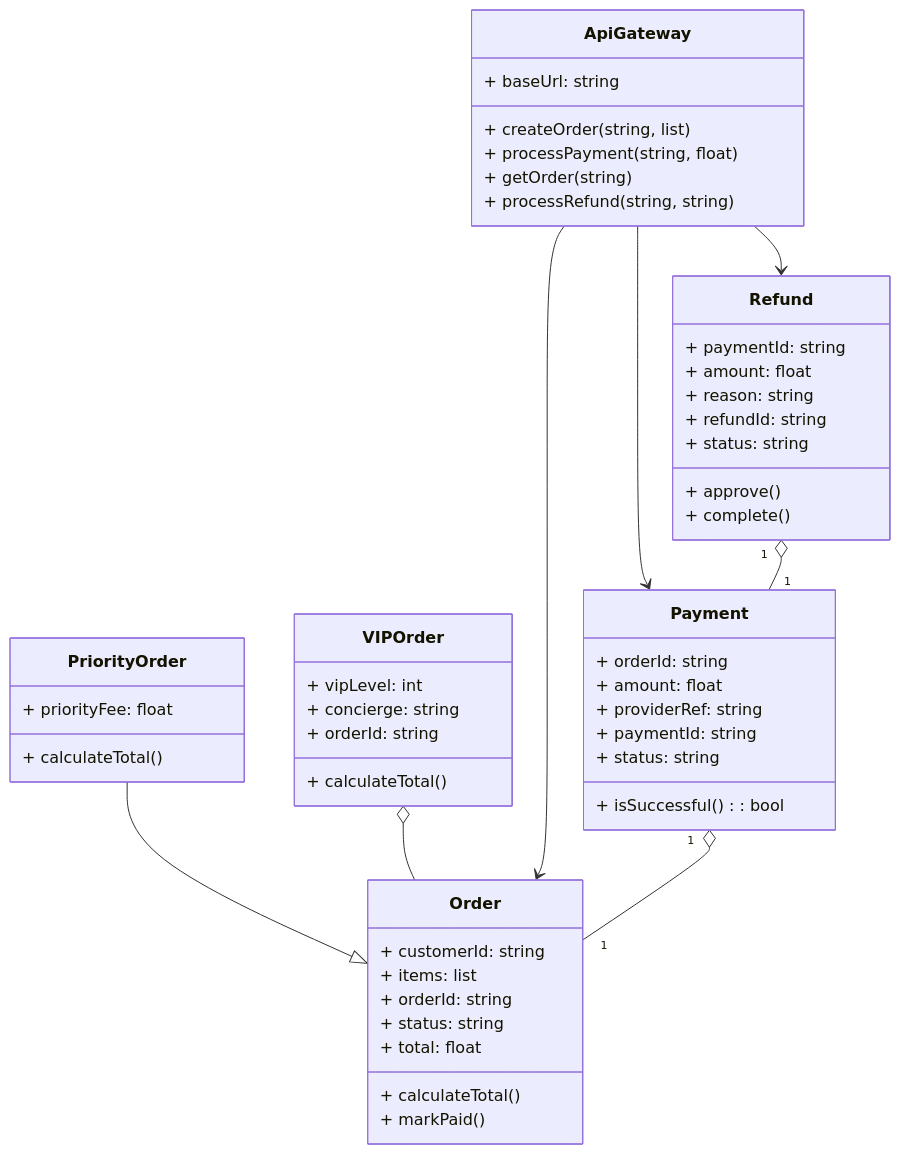
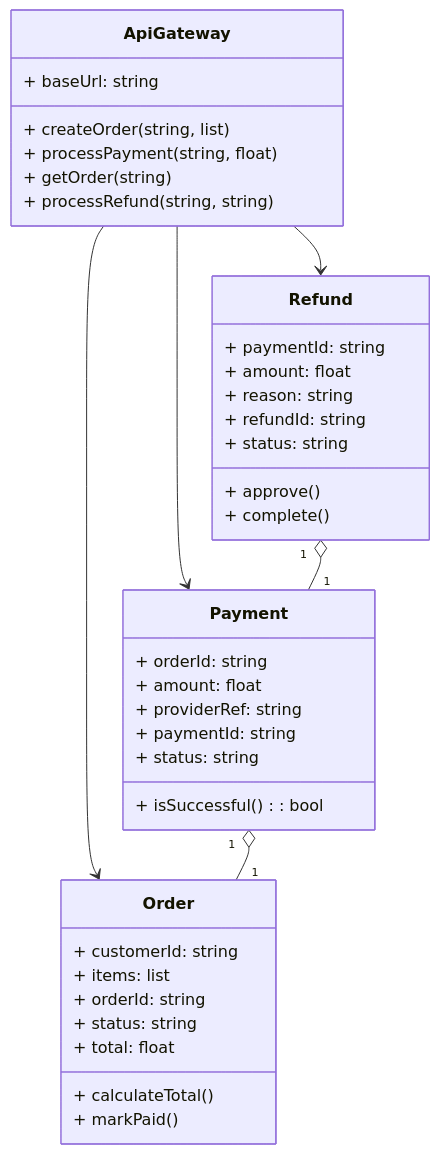
Before and after one commit to matzatezalo/local_arcbot_testing: the diagram in docs/architecture/uml_domain_model.md, drawn with Mermaid. The commit also changed other lines of this file, not shown here.

Commit message:
feat: Generated architecture diagrams

````diff
--- a/docs/architecture/uml_domain_model.md
+++ b/docs/architecture/uml_domain_model.md
@@ -9,53 +9,41 @@
 ```mermaid
 classDiagram
     class ApiGateway {
         + baseUrl: string
         + createOrder(string, list)
         + processPayment(string, float)
         + getOrder(string)
         + processRefund(string, string)
     }
     class Order {
         + customerId: string
         + items: list
         + orderId: string
         + status: string
         + total: float
         + calculateTotal()
         + markPaid()
     }
-    class PriorityOrder {
-        + priorityFee: float
-        + calculateTotal()
-    }
-    class VIPOrder {
-        + vipLevel: int
-        + concierge: string
-        + orderId: string
-        + calculateTotal()
-    }
     class Payment {
         + orderId: string
         + amount: float
         + providerRef: string
         + paymentId: string
         + status: string
         + isSuccessful(): bool
     }
     class Refund {
         + paymentId: string
         + amount: float
         + reason: string
         + refundId: string
         + status: string
         + approve()
         + complete()
     }
-    PriorityOrder --|> Order
-    VIPOrder o-- Order
     ApiGateway --> Order
     ApiGateway --> Payment
     ApiGateway --> Refund
     Payment "1" o-- "1" Order
     Refund "1" o-- "1" Payment
 ```
````
